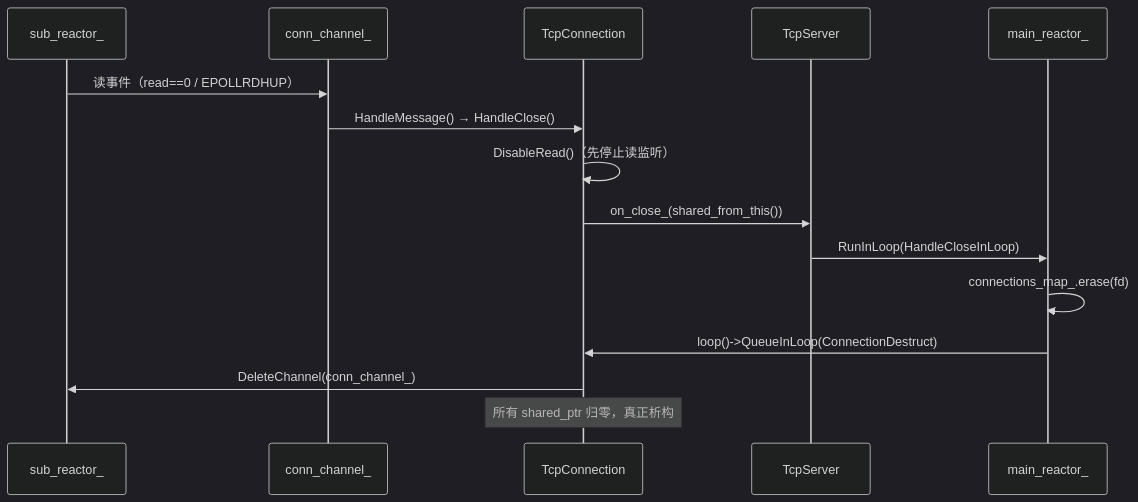
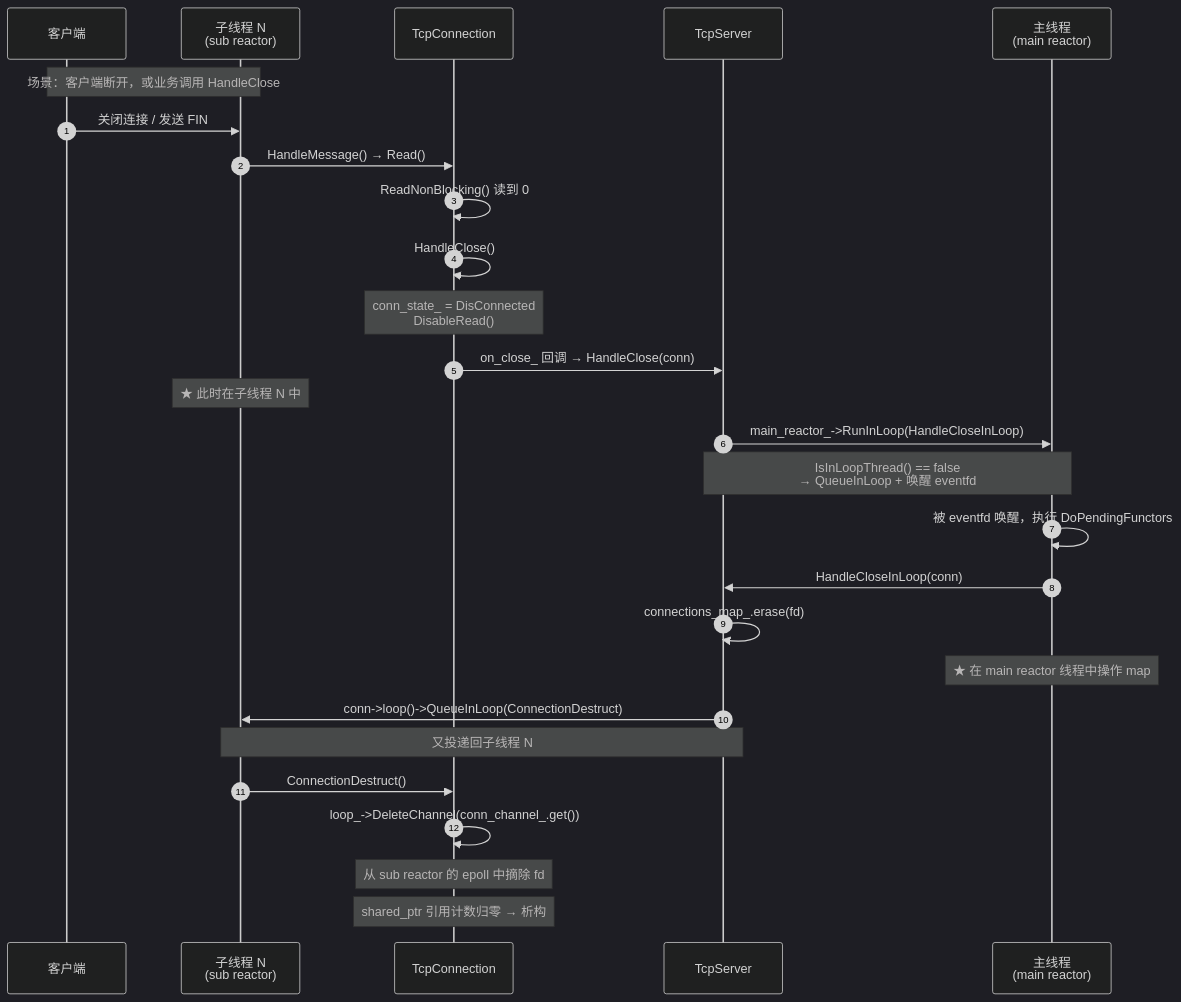
Before and after one commit to kame597/NetCoding: the diagram in day17/docs/map/deleteConnection.md, drawn with Mermaid (dark theme). The commit also changed 11 other files, not shown here.

````diff
--- a/day17/docs/map/deleteConnection.md
+++ b/day17/docs/map/deleteConnection.md
@@ -1,18 +1,36 @@
 ```mermaid
 sequenceDiagram
-    participant Sub as sub_reactor_
-    participant Ch as conn_channel_
-    participant Conn as TcpConnection
-    participant Srv as TcpServer
-    participant Main as main_reactor_
+    autonumber
+    participant C as 客户端
+    participant S as 子线程 N<br/>(sub reactor)
+    participant TC as TcpConnection
+    participant TS as TcpServer
+    participant M as 主线程<br/>(main reactor)
 
-    Sub->>Ch: 读事件（read==0 / EPOLLRDHUP）
-    Ch->>Conn: HandleMessage() → HandleClose()
-    Conn->>Conn: DisableRead()（先停止读监听）
-    Conn->>Srv: on_close_(shared_from_this())
-    Srv->>Main: RunInLoop(HandleCloseInLoop)
-    Main->>Main: connections_map_.erase(fd)
-    Main->>Conn: loop()->QueueInLoop(ConnectionDestruct)
-    Conn->>Sub: DeleteChannel(conn_channel_)
-    Note over Conn: 所有 shared_ptr 归零，真正析构
+    Note over C,S: 场景：客户端断开，或业务调用 HandleClose
+    C->>S: 关闭连接 / 发送 FIN
+    S->>TC: HandleMessage() → Read()
+    TC->>TC: ReadNonBlocking() 读到 0
+    TC->>TC: HandleClose()
+    Note over TC: conn_state_ = DisConnected<br/>DisableRead()
+
+    TC->>TS: on_close_ 回调 → HandleClose(conn)
+    Note over S: ★ 此时在子线程 N 中
+
+    TS->>M: main_reactor_->RunInLoop(HandleCloseInLoop)
+    Note over TS,M: IsInLoopThread() == false<br/>→ QueueInLoop + 唤醒 eventfd
+
+    M->>M: 被 eventfd 唤醒，执行 DoPendingFunctors
+    M->>TS: HandleCloseInLoop(conn)
+    TS->>TS: connections_map_.erase(fd)
+    Note over M: ★ 在 main reactor 线程中操作 map
+
+    TS->>S: conn->loop()->QueueInLoop(ConnectionDestruct)
+    Note over TS,S: 又投递回子线程 N
+
+    S->>TC: ConnectionDestruct()
+    TC->>TC: loop_->DeleteChannel(conn_channel_.get())
+    Note over TC: 从 sub reactor 的 epoll 中摘除 fd
+    Note over TC: shared_ptr 引用计数归零 → 析构
+
 ```
````
